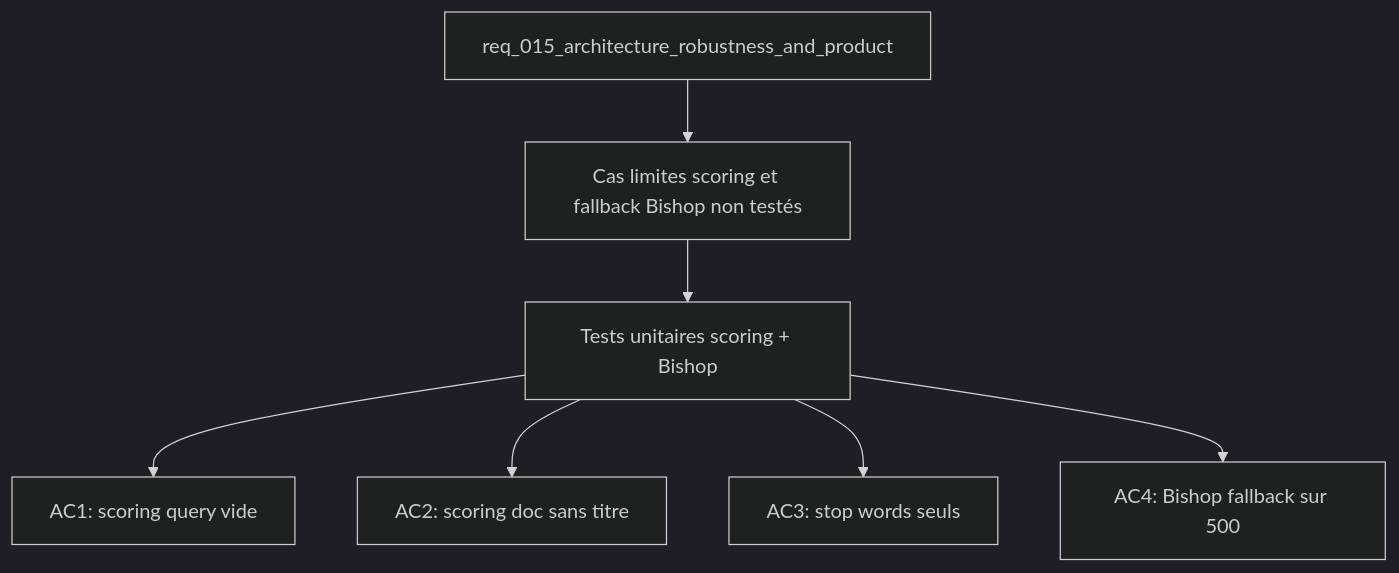
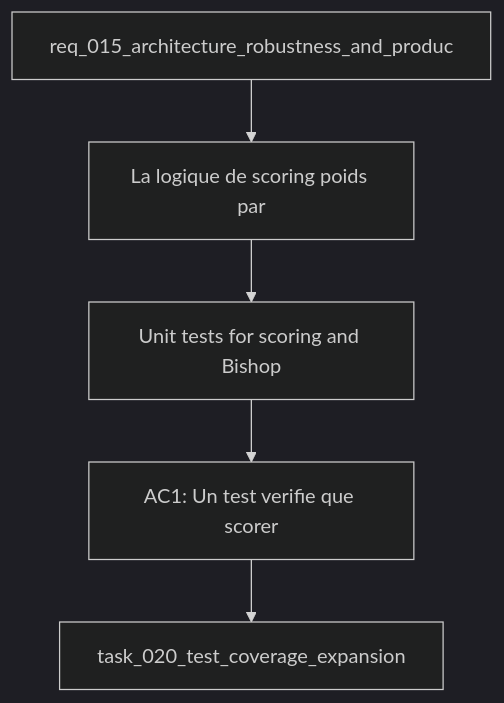
One commit to AlexAgo83/deepvault changed the diagram in logics/backlog/item_051_unit_tests_scoring_and_bishop_contract.md. Above: the diagram before and after it, drawn with Mermaid (dark theme). The commit also changed 57 other files, not shown here.

````diff
--- a/logics/backlog/item_051_unit_tests_scoring_and_bishop_contract.md
+++ b/logics/backlog/item_051_unit_tests_scoring_and_bishop_contract.md
@@ -21,11 +21,9 @@
 ```mermaid
 %% logics-kind: backlog
 %% logics-signature: backlog|unit-tests-for-scoring-and-bishop-fallba|req-015-architecture-robustness-and-prod|la-logique-de-scoring-poids-par|ac1-un-test-verifie-que-scorer
 flowchart TD
-    Request[req_015_architecture_robustness_and_product] --> Problem[Cas limites scoring et fallback Bishop non testés]
-    Problem --> Scope[Tests unitaires scoring + Bishop]
-    Scope --> AC1[AC1: scoring query vide]
-    Scope --> AC2[AC2: scoring doc sans titre]
-    Scope --> AC3[AC3: stop words seuls]
-    Scope --> AC4[AC4: Bishop fallback sur 500]
+    Request[req_015_architecture_robustness_and_produc] --> Problem[La logique de scoring poids par]
+    Problem --> Scope[Unit tests for scoring and Bishop]
+    Scope --> Acceptance[AC1: Un test verifie que scorer]
+    Acceptance --> Tasks[task_020_test_coverage_expansion]
 ```
````
